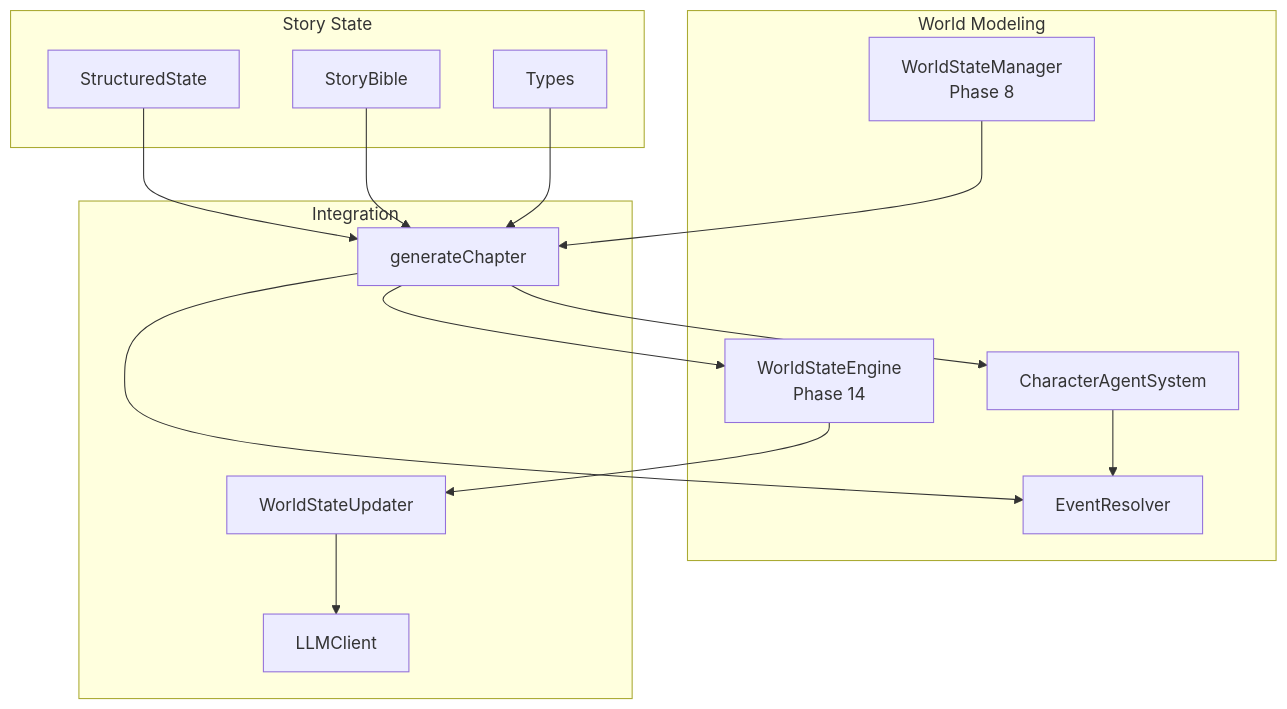
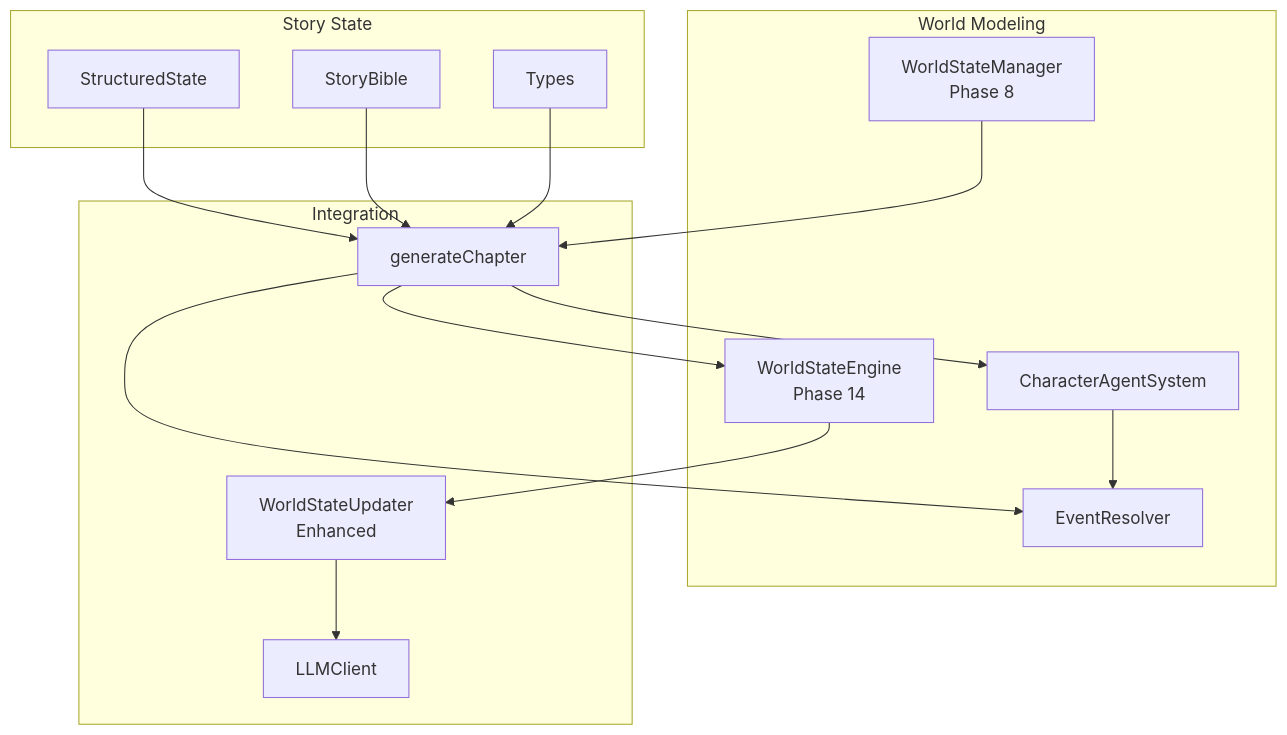
The first of 9 diagrams in .qoder/repowiki/en/content/Engine Architecture/World State Engine.md (liwonder/NARRITIVE_OS), drawn with Mermaid before and after one commit. The commit also changed other lines of this file and 7 other files, not shown here.

````diff
--- a/.qoder/repowiki/en/content/Engine Architecture/World State Engine.md
+++ b/.qoder/repowiki/en/content/Engine Architecture/World State Engine.md
@@ -53,29 +57,29 @@
 ```mermaid
 graph TB
 subgraph "World Modeling"
 WSE["WorldStateEngine<br/>Phase 14"]
 WSM["WorldStateManager<br/>Phase 8"]
 CA["CharacterAgentSystem"]
 ER["EventResolver"]
 end
 subgraph "Integration"
-WSU["WorldStateUpdater"]
+WSU["WorldStateUpdater<br/>Enhanced"]
 GCP["generateChapter"]
 LLM["LLMClient"]
 end
 subgraph "Story State"
 SS["StructuredState"]
 BIBLE["StoryBible"]
 TYPES["Types"]
 end
 WSE --> WSU
 WSU --> LLM
 GCP --> WSE
 GCP --> CA
 GCP --> ER
 CA --> ER
 WSM --> GCP
 SS --> GCP
 BIBLE --> GCP
 TYPES --> GCP
 ```
````
